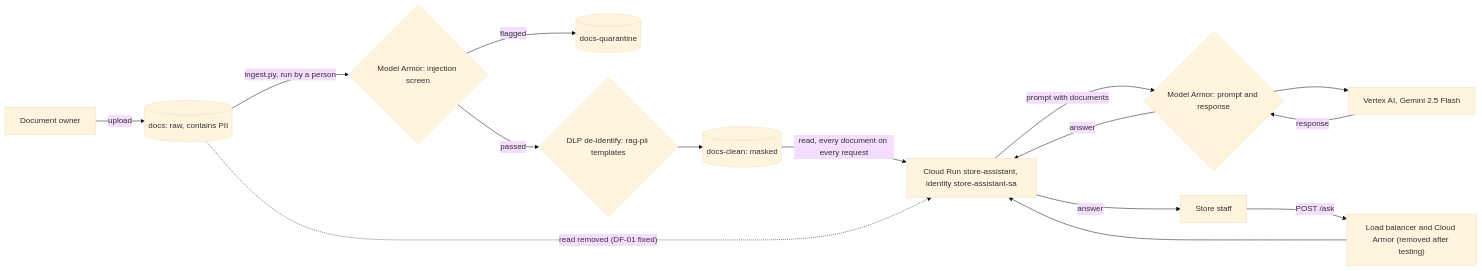
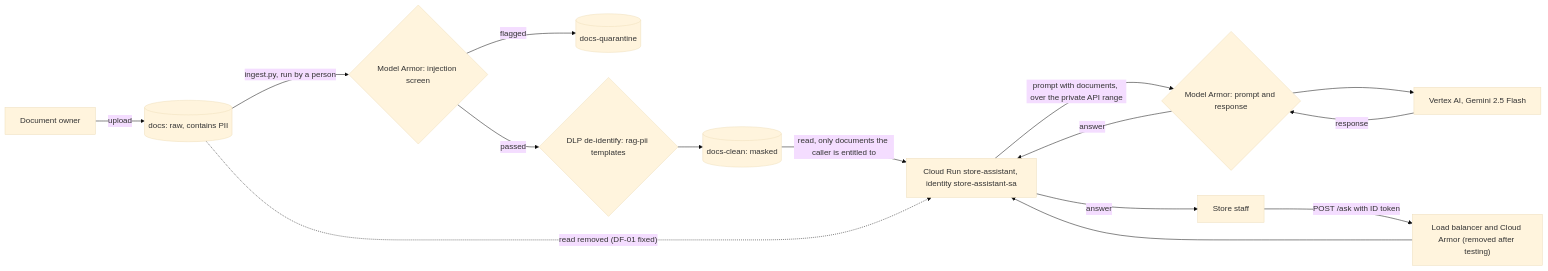
The diagram in decision-support/ai-data-flow-review.md (sdballpark/gcp-ai-security-lab), drawn with Mermaid (base theme) before and after one commit. The commit also changed other lines of this file and 17 other files, not shown here.

Commit message:
Module 9 private access; F7-05, F8-03, LG-01 closed; architecture risk review, AI IAM model, DLP discovery report, developer guidance

````diff
--- a/decision-support/ai-data-flow-review.md
+++ b/decision-support/ai-data-flow-review.md
@@ -15,17 +17,17 @@
 ```mermaid
 flowchart LR
   OWN["Document owner"] -->|upload| RAW[("docs: raw, contains PII")]
   RAW -->|"ingest.py, run by a person"| SCR{"Model Armor: injection screen"}
   SCR -->|flagged| QUAR[("docs-quarantine")]
   SCR -->|passed| DLP{"DLP de-identify: rag-pii templates"}
   DLP --> CLEAN[("docs-clean: masked")]
-  USER["Store staff"] -->|"POST /ask"| EDGE["Load balancer and Cloud Armor (removed after testing)"]
+  USER["Store staff"] -->|"POST /ask with ID token"| EDGE["Load balancer and Cloud Armor (removed after testing)"]
   EDGE --> RUN["Cloud Run store-assistant, identity store-assistant-sa"]
-  CLEAN -->|"read, every document on every request"| RUN
+  CLEAN -->|"read, only documents the caller is entitled to"| RUN
   RAW -.->|"read removed (DF-01 fixed)"| RUN
-  RUN -->|"prompt with documents"| MA{"Model Armor: prompt and response"}
+  RUN -->|"prompt with documents, over the private API range"| MA{"Model Armor: prompt and response"}
   MA --> VTX["Vertex AI, Gemini 2.5 Flash"]
   VTX -->|response| MA
   MA -->|answer| RUN
   RUN -->|answer| USER
 ```
````
